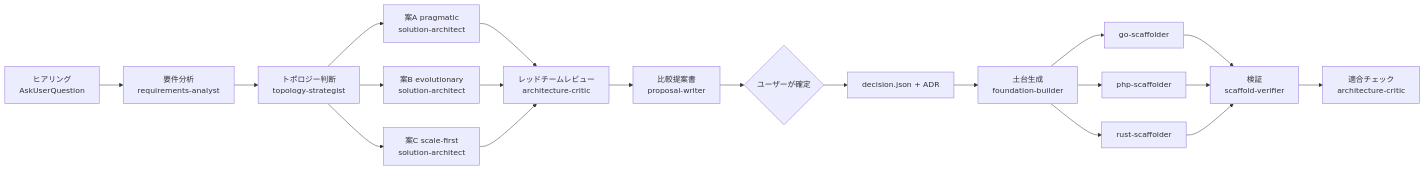
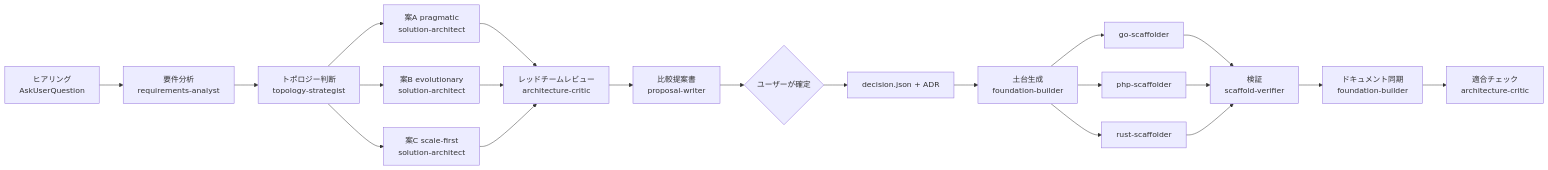
Before and after one commit to keneanderson/claude-arch-forge: the diagram in README.md, drawn with Mermaid. The commit also changed other lines of this file and 11 other files, not shown here.

First line of the commit message:
fix: apply smoke-test findings to scaffold flow

````diff
--- a/README.md
+++ b/README.md
@@ -10,18 +10,19 @@
 ```mermaid
 flowchart LR
   A[ヒアリング<br/>AskUserQuestion] --> B[要件分析<br/>requirements-analyst]
   B --> C[トポロジー判断<br/>topology-strategist]
   C --> D1[案A pragmatic<br/>solution-architect]
   C --> D2[案B evolutionary<br/>solution-architect]
   C --> D3[案C scale-first<br/>solution-architect]
   D1 & D2 & D3 --> E[レッドチームレビュー<br/>architecture-critic]
   E --> F[比較提案書<br/>proposal-writer]
   F --> G{ユーザーが確定}
   G --> H[decision.json + ADR]
   H --> I[土台生成<br/>foundation-builder]
   I --> J1[go-scaffolder]
   I --> J2[php-scaffolder]
   I --> J3[rust-scaffolder]
   J1 & J2 & J3 --> K[検証<br/>scaffold-verifier]
-  K --> L[適合チェック<br/>architecture-critic]
+  K --> S[ドキュメント同期<br/>foundation-builder]
+  S --> L[適合チェック<br/>architecture-critic]
 ```
````
